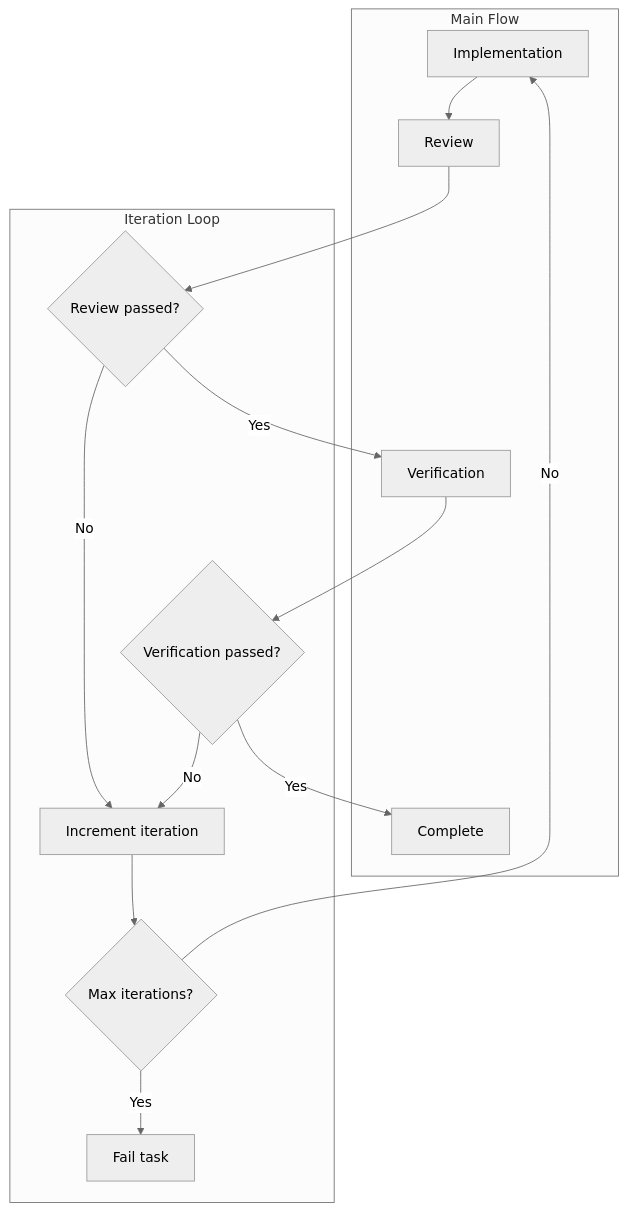
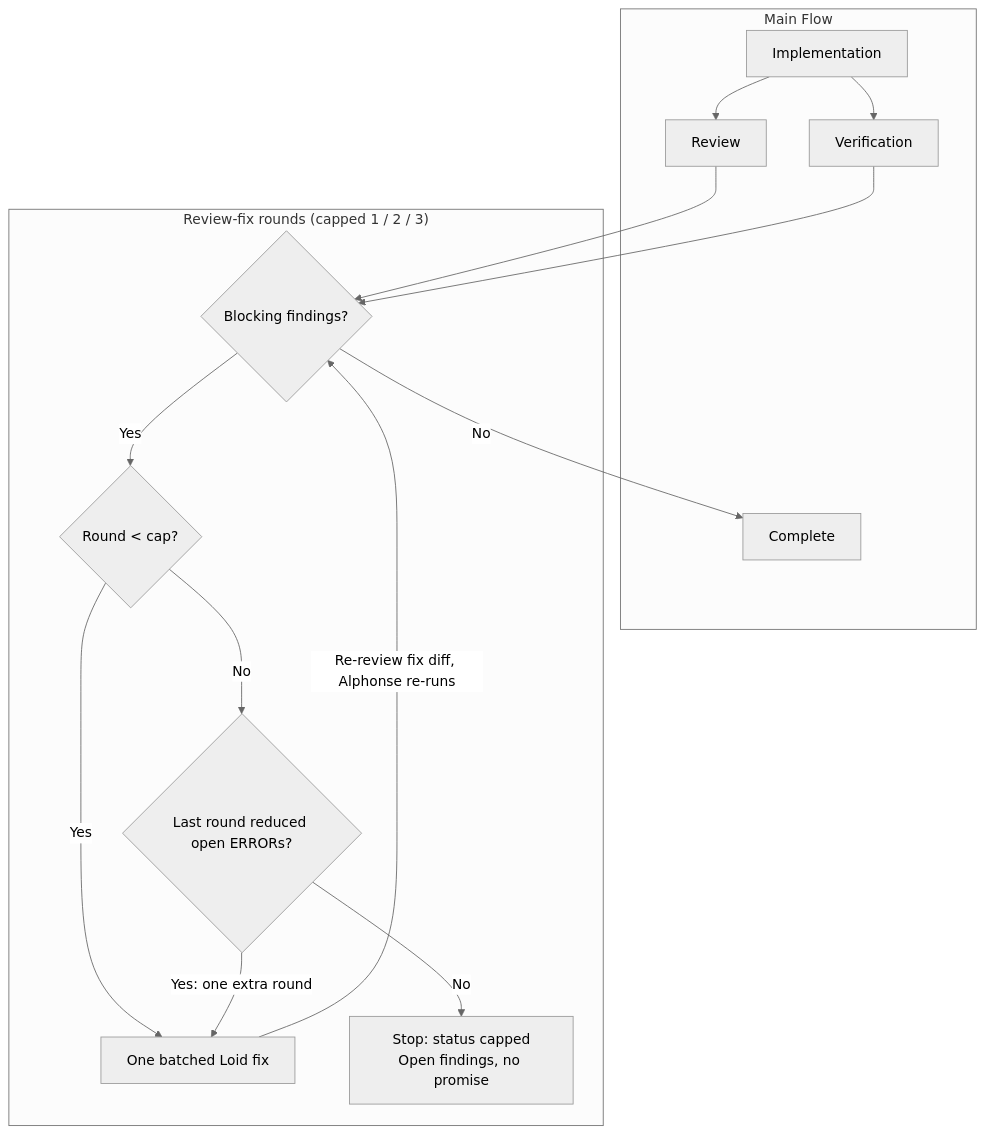
The ninth of 9 diagrams in docs/architecture/data-flows.md (josix/agent-flow), drawn with Mermaid (neutral theme) before and after one commit. The commit also changed other lines of this file and 29 other files, not shown here.

````diff
--- a/docs/architecture/data-flows.md
+++ b/docs/architecture/data-flows.md
@@ -391,26 +395,27 @@
 ```mermaid
 flowchart TB
     subgraph Main["Main Flow"]
         M1[Implementation]
         M2[Review]
         M3[Verification]
         M4[Complete]
     end
 
-    subgraph Iteration["Iteration Loop"]
-        I1{Review passed?}
-        I2{Verification passed?}
-        I3[Increment iteration]
-        I4{Max iterations?}
-        I5[Fail task]
+    subgraph Iteration["Review-fix rounds (capped 1 / 2 / 3)"]
+        I1{Blocking findings?}
+        I3[One batched Loid fix]
+        I4{Round < cap?}
+        I6{Last round reduced open ERRORs?}
+        I5["Stop: status capped<br/>Open findings, no promise"]
     end
 
-    M1 --> M2 --> I1
-    I1 -->|Yes| M3 --> I2
-    I1 -->|No| I3
-    I2 -->|Yes| M4
-    I2 -->|No| I3
-    I3 --> I4
-    I4 -->|No| M1
-    I4 -->|Yes| I5
+    M1 --> M2 & M3
+    M2 & M3 --> I1
+    I1 -->|No| M4
+    I1 -->|Yes| I4
+    I4 -->|Yes| I3
+    I4 -->|No| I6
+    I6 -->|Yes: one extra round| I3
+    I6 -->|No| I5
+    I3 -->|Re-review fix diff, Alphonse re-runs| I1
 ```
````
